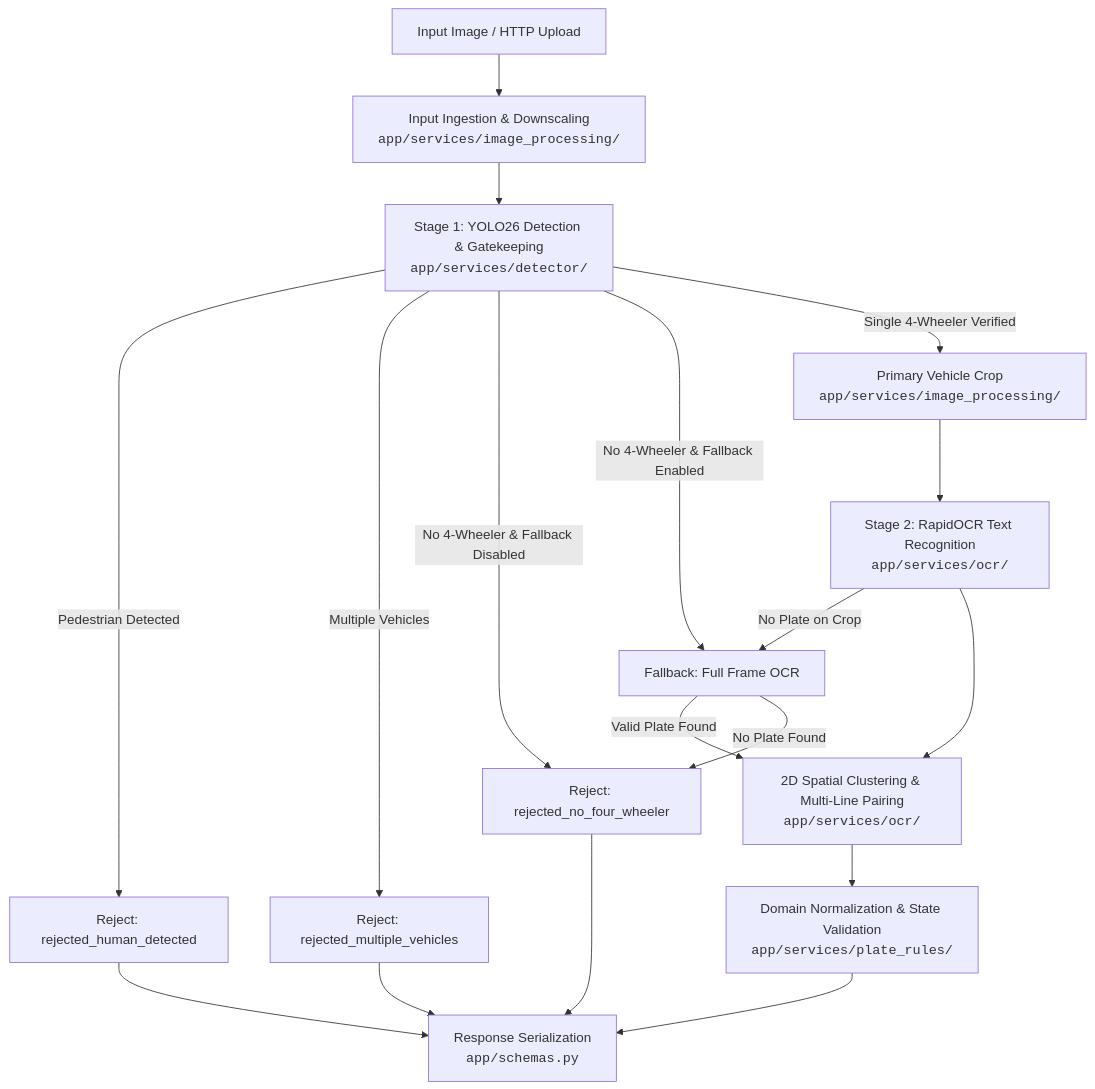
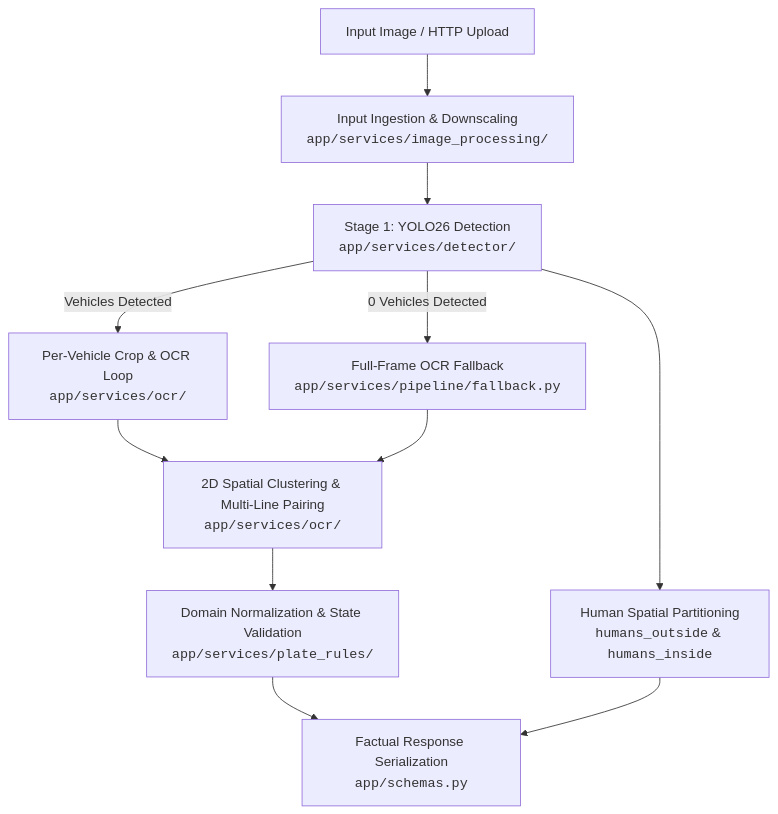
The diagram in docs/ARCHITECTURE.md (dheereshag/argus), drawn with Mermaid before and after one commit. The commit also changed other lines of this file and 19 other files, not shown here.

Commit message:
refactor: remove weighbridge policy rejections in favor of factual human spatial partitioning and OCR reporting

````diff
--- a/docs/ARCHITECTURE.md
+++ b/docs/ARCHITECTURE.md
@@ -11,25 +11,17 @@
 ```mermaid
 flowchart TD
     A[Input Image / HTTP Upload] --> B[Input Ingestion & Downscaling<br/><code>app/services/image_processing/</code>]
-    B --> C[Stage 1: YOLO26 Detection & Gatekeeping<br/><code>app/services/detector/</code>]
+    B --> C[Stage 1: YOLO26 Detection<br/><code>app/services/detector/</code>]
     
-    C -- Pedestrian Detected --> R1[Reject: rejected_human_detected]
-    C -- Multiple Vehicles --> R2[Reject: rejected_multiple_vehicles]
-    C -- No 4-Wheeler & Fallback Disabled --> R3[Reject: rejected_no_four_wheeler]
-    C -- No 4-Wheeler & Fallback Enabled --> E2[Fallback: Full Frame OCR]
+    C --> H1[Human Spatial Partitioning<br/><code>humans_outside</code> & <code>humans_inside</code>]
     
-    C -- Single 4-Wheeler Verified --> D[Primary Vehicle Crop<br/><code>app/services/image_processing/</code>]
+    C -- Vehicles Detected --> D[Per-Vehicle Crop & OCR Loop<br/><code>app/services/ocr/</code>]
+    C -- 0 Vehicles Detected --> E2[Full-Frame OCR Fallback<br/><code>app/services/pipeline/fallback.py</code>]
     
-    D --> E[Stage 2: RapidOCR Text Recognition<br/><code>app/services/ocr/</code>]
-    E -- No Plate on Crop --> E2
-    E --> F[2D Spatial Clustering & Multi-Line Pairing<br/><code>app/services/ocr/</code>]
-    E2 -- Valid Plate Found --> F
-    E2 -- No Plate Found --> R3
+    D --> F[2D Spatial Clustering & Multi-Line Pairing<br/><code>app/services/ocr/</code>]
+    E2 --> F
     
     F --> G[Domain Normalization & State Validation<br/><code>app/services/plate_rules/</code>]
-    G --> H[Response Serialization<br/><code>app/schemas.py</code>]
-    
-    R1 --> H
-    R2 --> H
-    R3 --> H
+    G --> H[Factual Response Serialization<br/><code>app/schemas.py</code>]
+    H1 --> H
 ```
````
